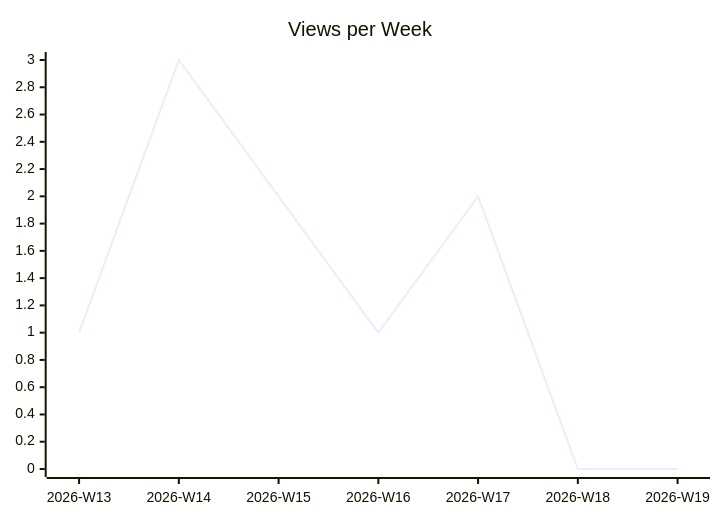
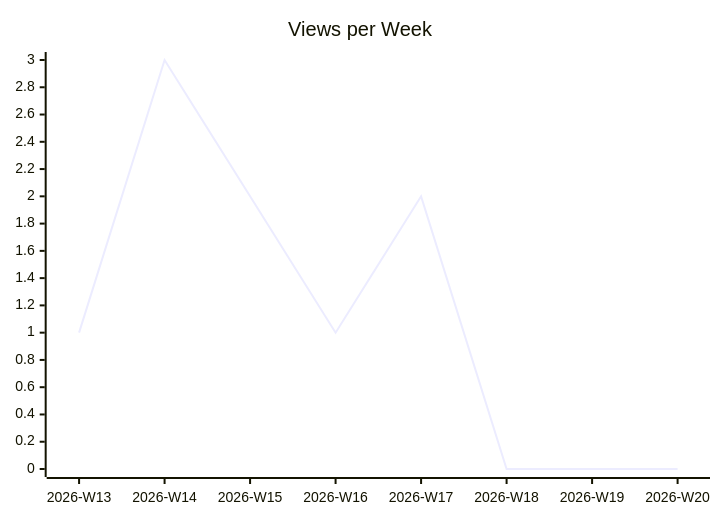
One commit to justdavis-family/github-analytics-data changed the second of 3 diagrams in karlmdavis/fhir-benchmarks/README.md. Above: the diagram before and after it, drawn with Mermaid. The commit also changed other lines of this file and 176 other files, not shown here.

````diff
--- a/karlmdavis/fhir-benchmarks/README.md
+++ b/karlmdavis/fhir-benchmarks/README.md
@@ -12,6 +12,6 @@
 ```mermaid
 xychart-beta
   title "Views per Week"
-  x-axis ["2026-W13", "2026-W14", "2026-W15", "2026-W16", "2026-W17", "2026-W18", "2026-W19"]
-  line [1, 3, 2, 1, 2, 0, 0]
+  x-axis ["2026-W13", "2026-W14", "2026-W15", "2026-W16", "2026-W17", "2026-W18", "2026-W19", "2026-W20"]
+  line [1, 3, 2, 1, 2, 0, 0, 0]
 ```
````
